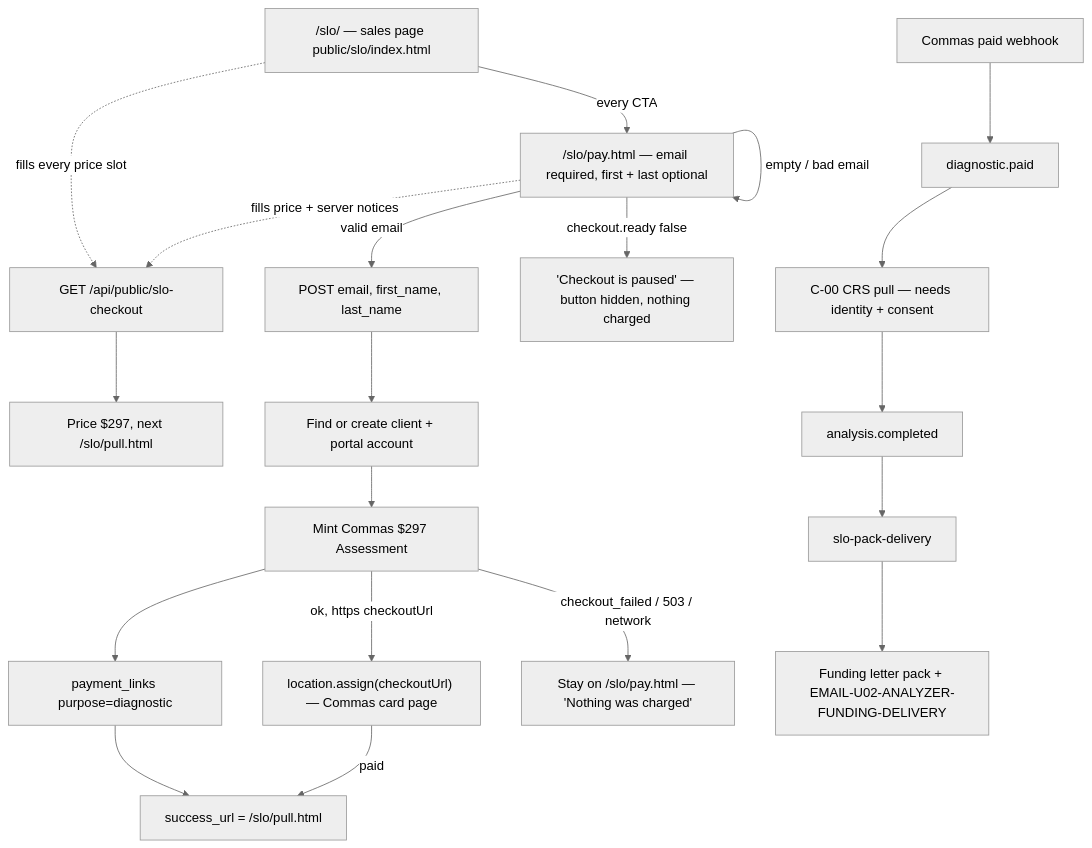
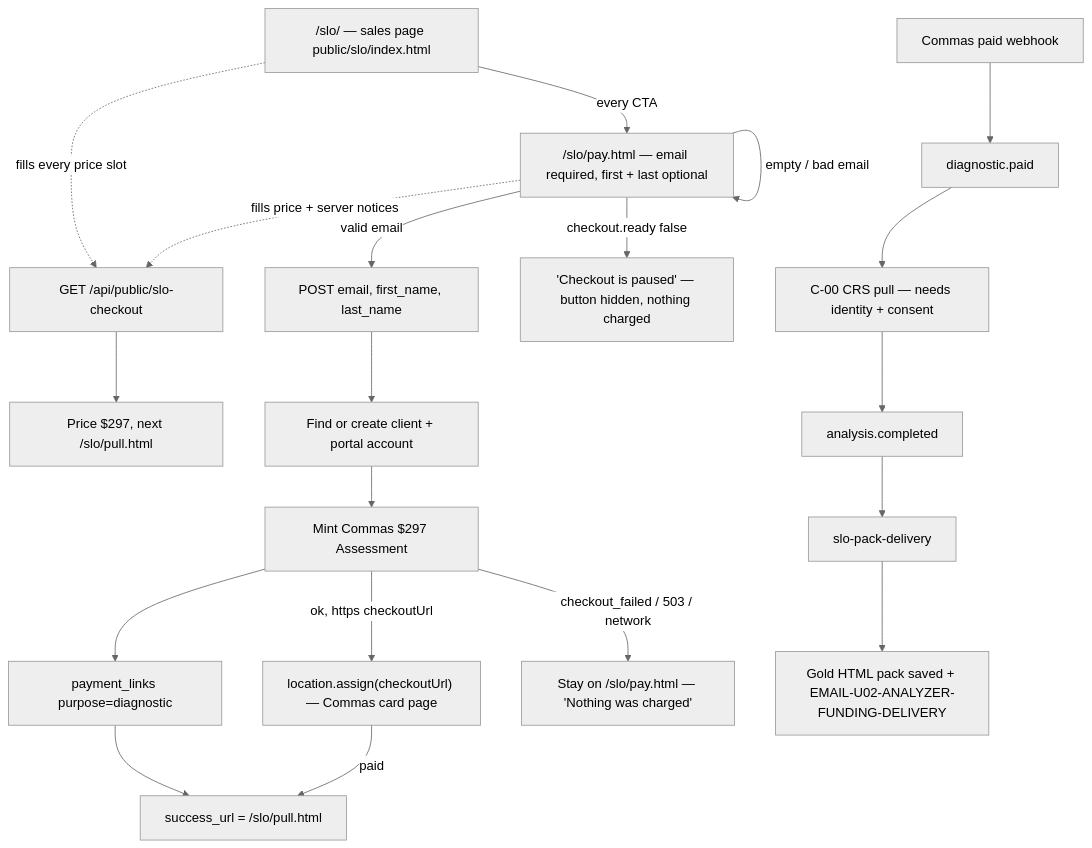
One commit to ZootimusMaximusSupreme/Fundhub_ai changed the diagram in docs/journeys/slo-offer-actual.md. Above: the diagram before and after it, drawn with Mermaid (neutral theme). The commit also changed other lines of this file and 7 other files, not shown here.

First line of the commit message:
Save the gold HTML pack and send the usual delivery email.

````diff
--- a/docs/journeys/slo-offer-actual.md
+++ b/docs/journeys/slo-offer-actual.md
@@ -7,22 +7,22 @@
 ```mermaid
 flowchart TD
   S["/slo/ — sales page public/slo/index.html"] -->|every CTA| P["/slo/pay.html — email required, first + last optional"]
   S -. fills every price slot .-> A
   P -. fills price + server notices .-> A
   A["GET /api/public/slo-checkout"] --> B["Price $297, next /slo/pull.html"]
   P -->|"valid email"| C
   P -->|"empty / bad email"| P
   P -->|"checkout.ready false"| PAUSE["'Checkout is paused' — button hidden, nothing charged"]
   C["POST email, first_name, last_name"] --> D["Find or create client + portal account"]
   D --> E["Mint Commas $297 Assessment"]
   E --> F["payment_links purpose=diagnostic"]
   F --> G["success_url = /slo/pull.html"]
   E -->|"ok, https checkoutUrl"| CARD["location.assign(checkoutUrl) — Commas card page"]
   E -->|"checkout_failed / 503 / network"| PFAIL["Stay on /slo/pay.html — 'Nothing was charged'"]
   CARD -->|paid| G
   H["Commas paid webhook"] --> I["diagnostic.paid"]
   I --> J["C-00 CRS pull — needs identity + consent"]
   J --> K["analysis.completed"]
   K --> L["slo-pack-delivery"]
-  L --> M["Funding letter pack + EMAIL-U02-ANALYZER-FUNDING-DELIVERY"]
+  L --> M["Gold HTML pack saved + EMAIL-U02-ANALYZER-FUNDING-DELIVERY"]
 ```
````
